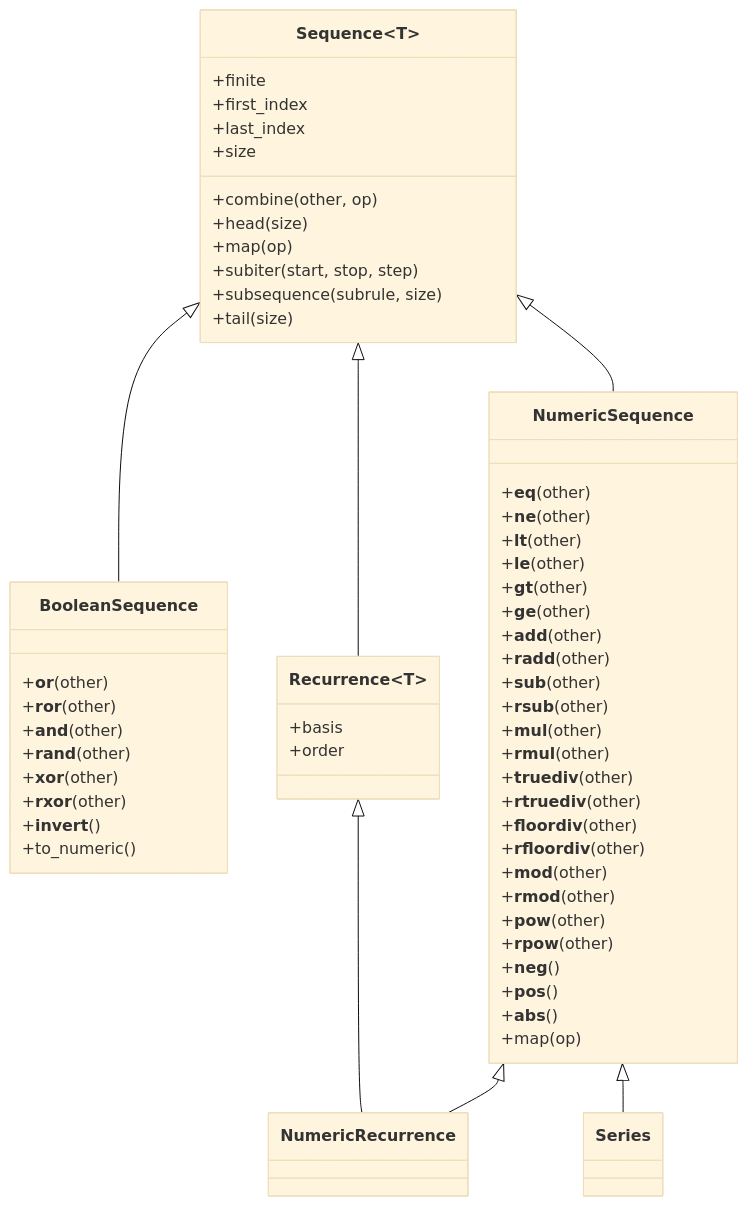
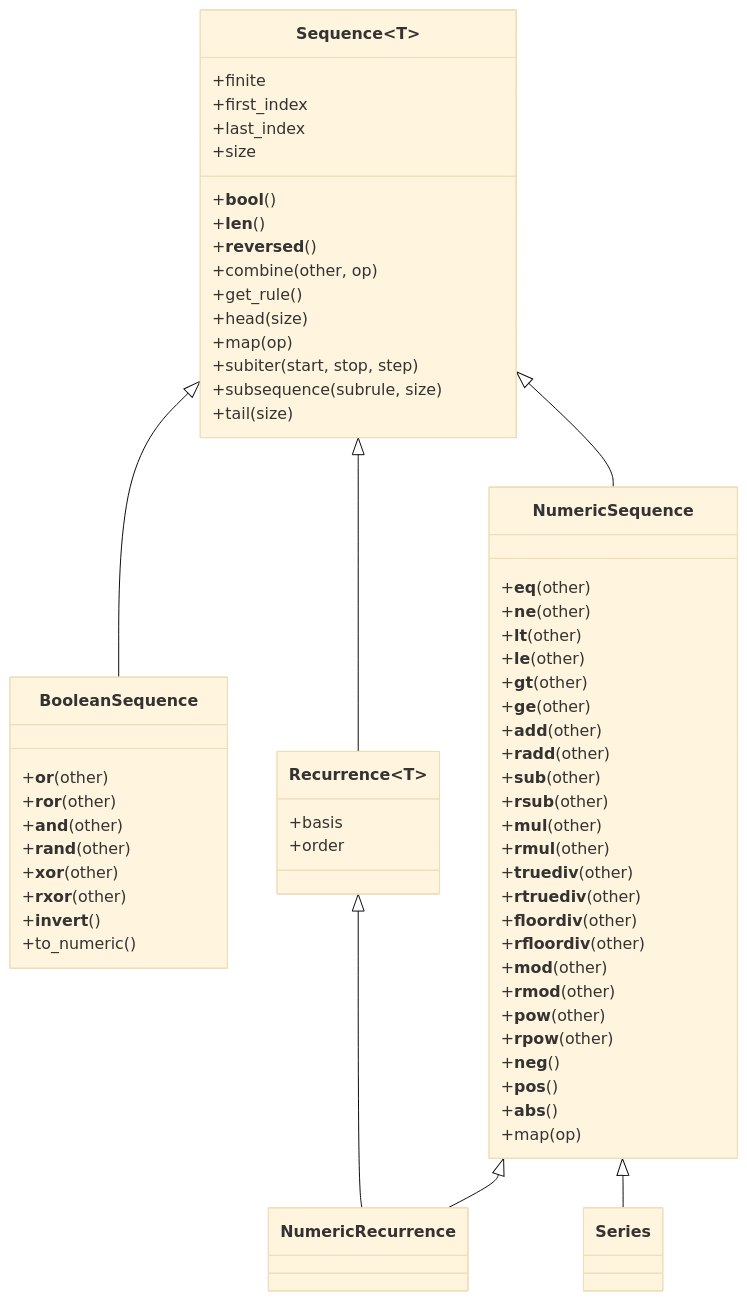
The diagram in docs/ARCHITECTURE.md (avikpln/calculus), drawn with Mermaid (base theme) before and after one commit. The commit also changed 5 other files, not shown here.

Commit message:
Add sequence rule retrieval

````diff
--- a/docs/ARCHITECTURE.md
+++ b/docs/ARCHITECTURE.md
@@ -8,75 +8,79 @@
 ```mermaid
 classDiagram
     class Sequence~T~ {
         %% Attributes
         +finite
         +first_index
         +last_index
         +size
 
         %% Methods
+        +__bool__()
+        +__len__()
+        +__reversed__()
         +combine(other, op)
+        +get_rule()
         +head(size)
         +map(op)
         +subiter(start, stop, step)
         +subsequence(subrule, size)
         +tail(size)
     }
 
     class BooleanSequence {
         %% Methods
         +__or__(other)
         +__ror__(other)
         +__and__(other)
         +__rand__(other)
         +__xor__(other)
         +__rxor__(other)
         +__invert__()
         +to_numeric()
     }
 
     class NumericSequence {
         %% Methods
         +__eq__(other)
         +__ne__(other)
         +__lt__(other)
         +__le__(other)
         +__gt__(other)
         +__ge__(other)
         +__add__(other)
         +__radd__(other)
         +__sub__(other)
         +__rsub__(other)
         +__mul__(other)
         +__rmul__(other)
         +__truediv__(other)
         +__rtruediv__(other)
         +__floordiv__(other)
         +__rfloordiv__(other)
         +__mod__(other)
         +__rmod__(other)
         +__pow__(other)
         +__rpow__(other)
         +__neg__()
         +__pos__()
         +__abs__()
         +map(op)
     }
 
     class Recurrence~T~ {
         %% Attributes
         +basis
         +order
     }
 
     Sequence <|-- BooleanSequence
 
     Sequence <|-- NumericSequence
 
     Sequence <|-- Recurrence
 
     NumericSequence <|-- NumericRecurrence
     Recurrence <|-- NumericRecurrence
 
     NumericSequence <|-- Series
 ```
````
